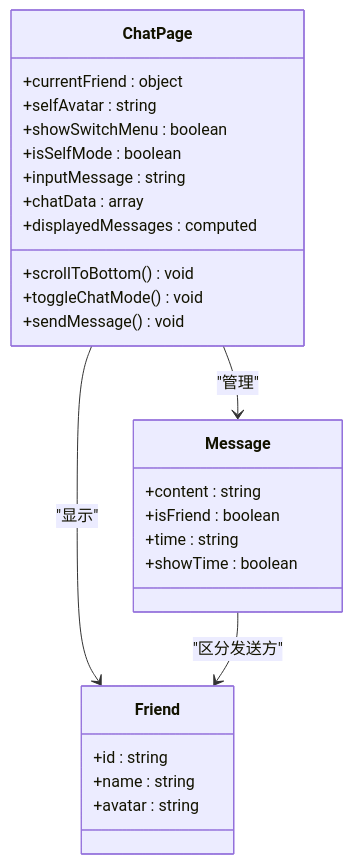
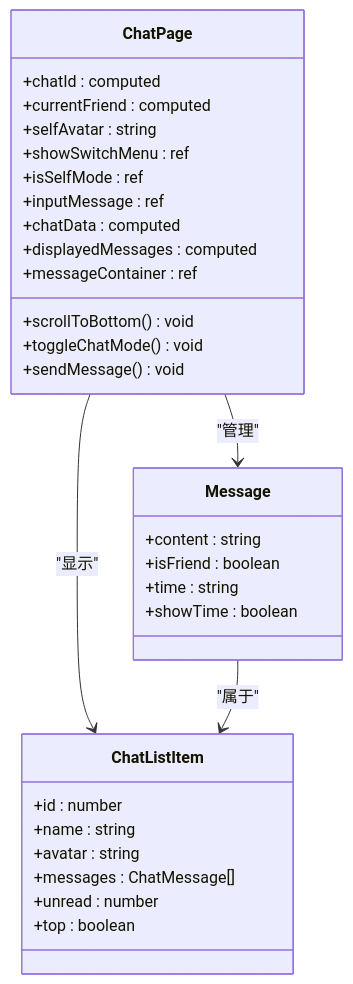
The third of 13 diagrams in .qoder/repowiki/zh/content/核心系统/聊天系统.md (giserman001/vue3-vant4-mobile), drawn with Mermaid before and after one commit. The commit also changed other lines of this file and 398 other files, not shown here.

````diff
--- a/.qoder/repowiki/zh/content/核心系统/聊天系统.md
+++ b/.qoder/repowiki/zh/content/核心系统/聊天系统.md
@@ -158,29 +205,34 @@
 ```mermaid
 classDiagram
 class ChatPage {
-+currentFriend : object
++chatId : computed
++currentFriend : computed
 +selfAvatar : string
-+showSwitchMenu : boolean
-+isSelfMode : boolean
-+inputMessage : string
-+chatData : array
++showSwitchMenu : ref
++isSelfMode : ref
++inputMessage : ref
++chatData : computed
 +displayedMessages : computed
++messageContainer : ref
 +scrollToBottom() void
 +toggleChatMode() void
 +sendMessage() void
 }
 class Message {
 +content : string
 +isFriend : boolean
 +time : string
 +showTime : boolean
 }
-class Friend {
-+id : string
+class ChatListItem {
++id : number
 +name : string
 +avatar : string
++messages : ChatMessage[]
++unread : number
++top : boolean
 }
 ChatPage --> Message : "管理"
-ChatPage --> Friend : "显示"
-Message --> Friend : "区分发送方"
+ChatPage --> ChatListItem : "显示"
+Message --> ChatListItem : "属于"
 ```
````
